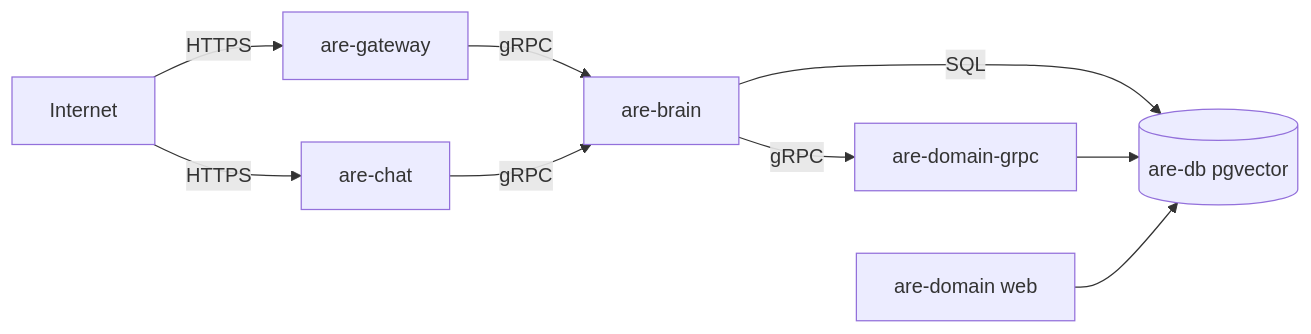
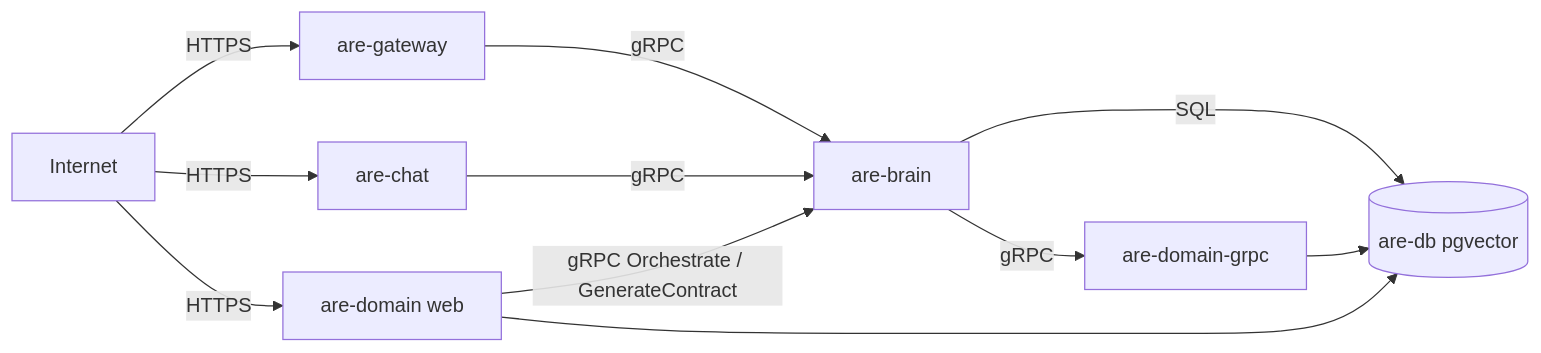
The fourth of 4 diagrams in docs/ARCHITECTURE.md (rikkiiwang/ai-real-estate-agent), drawn with Mermaid before and after one commit. The commit also changed other lines of this file and 4 other files, not shown here.

First line of the commit message:
docs: align README/ARCHITECTURE/DEPLOY with the consumer marketplace + ready deploy for public are-domain

````diff
--- a/docs/ARCHITECTURE.md
+++ b/docs/ARCHITECTURE.md
@@ -318,11 +332,13 @@
 ```mermaid
 flowchart LR
+  Internet -->|HTTPS| DOM[are-domain web]
   Internet -->|HTTPS| GW[are-gateway]
   Internet -->|HTTPS| CHAT[are-chat]
   GW -->|gRPC| BRAIN[are-brain]
   CHAT -->|gRPC| BRAIN
+  DOM -->|gRPC Orchestrate / GenerateContract| BRAIN
   BRAIN -->|gRPC| DG[are-domain-grpc]
   BRAIN -->|SQL| DB[(are-db pgvector)]
   DG --> DB
-  DOM[are-domain web] --> DB
+  DOM --> DB
 ```
````
